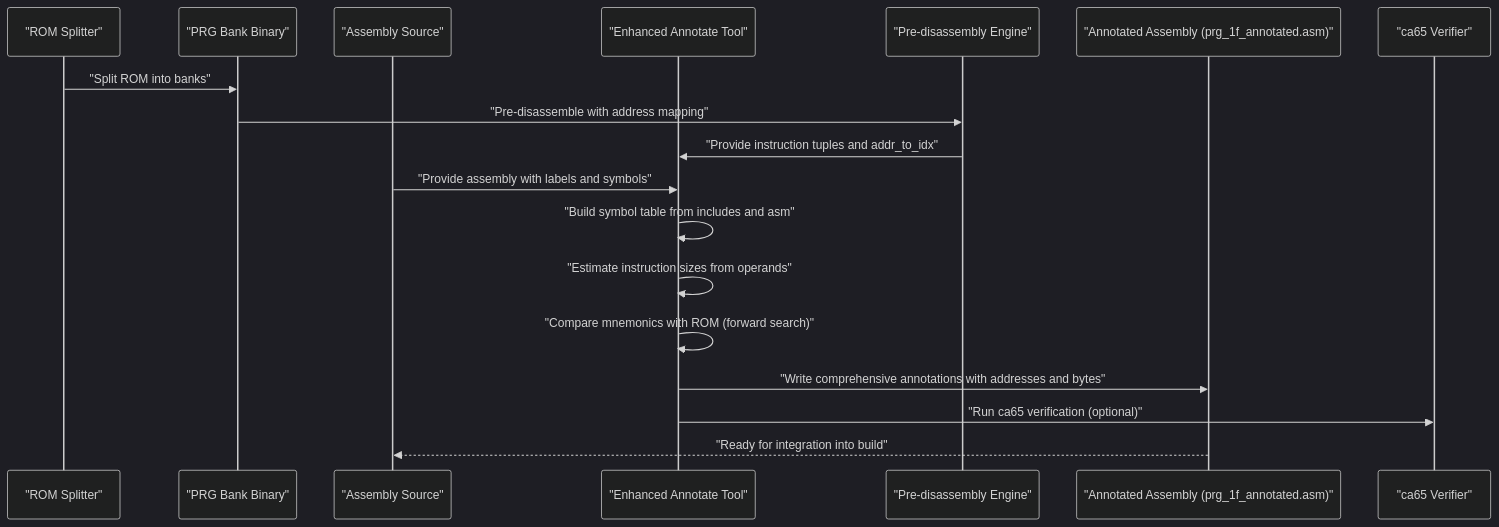
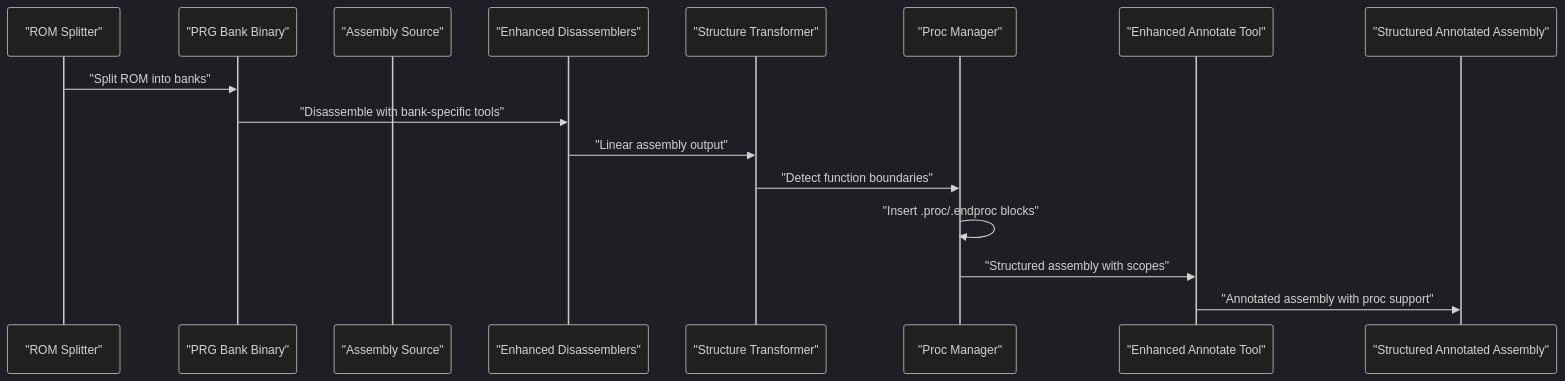
One commit to rabbyzero/sango2dasm changed the second of 4 diagrams in .qoder/repowiki/en/content/Build System and Tools/Code Annotation and Documentation Tools.md. Above: the diagram before and after it, drawn with Mermaid (dark theme). The commit also changed other lines of this file and 20 other files, not shown here.

````diff
--- a/.qoder/repowiki/en/content/Build System and Tools/Code Annotation and Documentation Tools.md
+++ b/.qoder/repowiki/en/content/Build System and Tools/Code Annotation and Documentation Tools.md
@@ -96,20 +99,18 @@
 ```mermaid
 sequenceDiagram
 participant ROM as "ROM Splitter"
 participant BIN as "PRG Bank Binary"
 participant ASM as "Assembly Source"
-participant AN as "Enhanced Annotate Tool"
-participant PRE as "Pre-disassembly Engine"
-participant OUT as "Annotated Assembly (prg_1f_annotated.asm)"
-participant CA as "ca65 Verifier"
+participant DISASM as "Enhanced Disassemblers"
+participant TRANSFORM as "Structure Transformer"
+participant PROC as "Proc Manager"
+participant ANNOTATE as "Enhanced Annotate Tool"
+participant OUT as "Structured Annotated Assembly"
 ROM->>BIN : "Split ROM into banks"
-BIN->>PRE : "Pre-disassemble with address mapping"
-PRE->>AN : "Provide instruction tuples and addr_to_idx"
-ASM->>AN : "Provide assembly with labels and symbols"
-AN->>AN : "Build symbol table from includes and asm"
-AN->>AN : "Estimate instruction sizes from operands"
-AN->>AN : "Compare mnemonics with ROM (forward search)"
-AN->>OUT : "Write comprehensive annotations with addresses and bytes"
-AN->>CA : "Run ca65 verification (optional)"
-OUT-->>ASM : "Ready for integration into build"
+BIN->>DISASM : "Disassemble with bank-specific tools"
+DISASM->>TRANSFORM : "Linear assembly output"
+TRANSFORM->>PROC : "Detect function boundaries"
+PROC->>PROC : "Insert .proc/.endproc blocks"
+PROC->>ANNOTATE : "Structured assembly with scopes"
+ANNOTATE->>OUT : "Annotated assembly with proc support"
 ```
````
